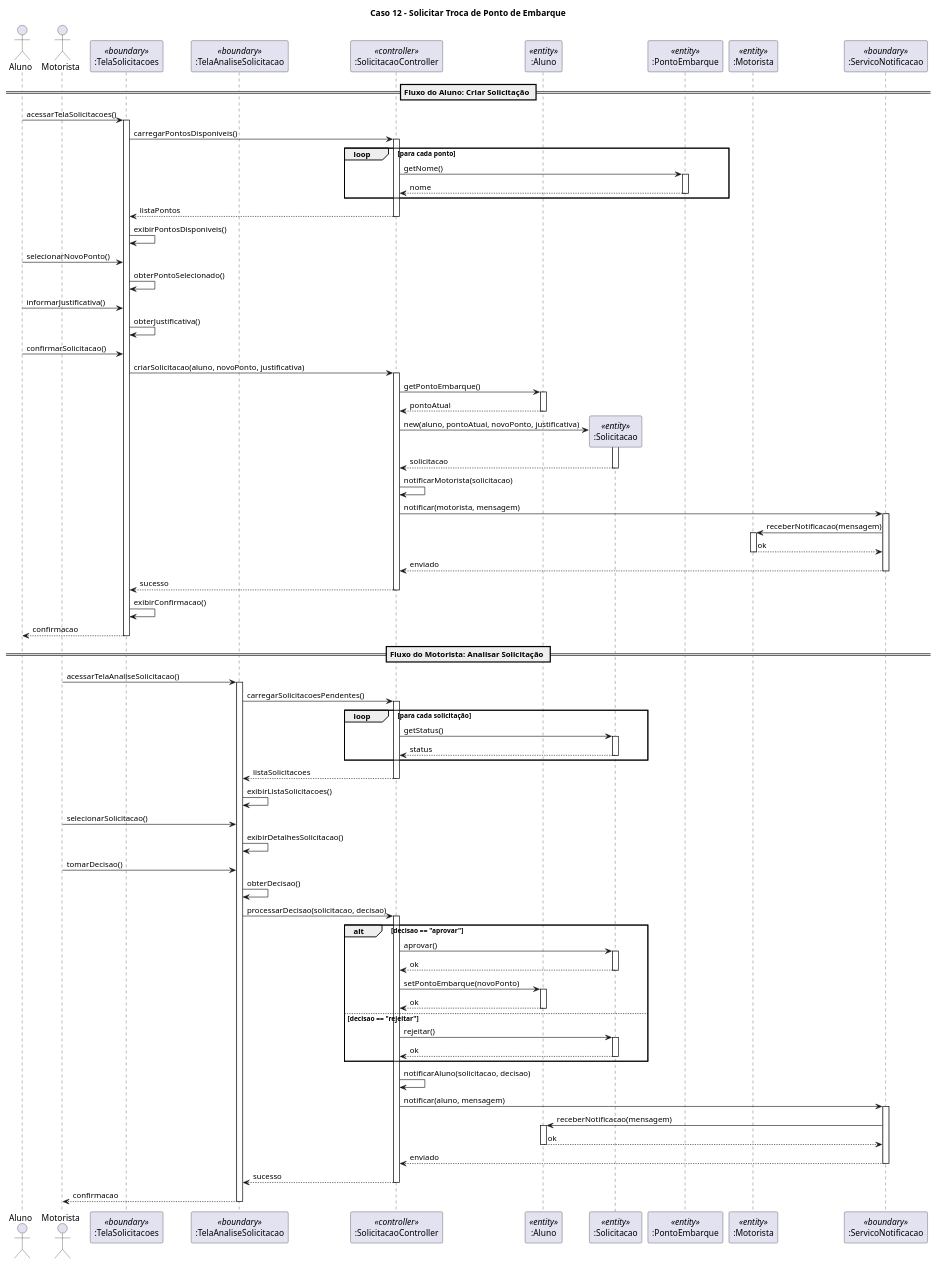
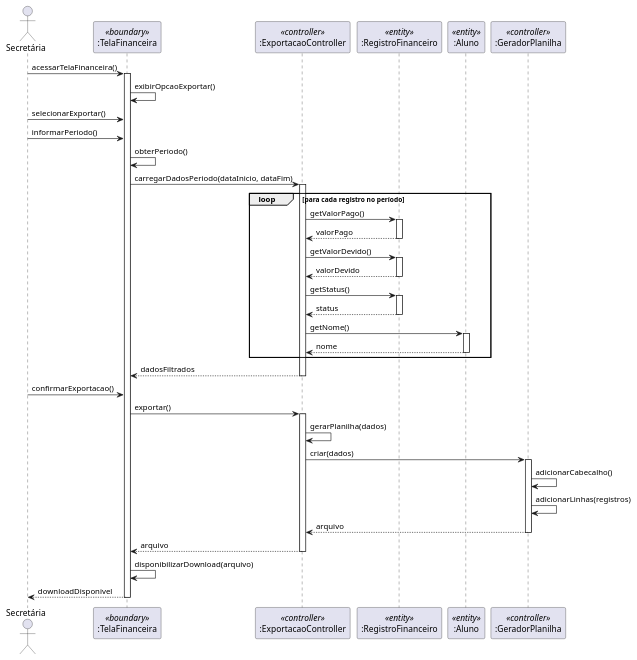
One commit to viniciusdias2902/modelagem_uml changed the diagram in sequencia/Caso_12_Sequencia.puml. Above: the diagram before and after it, drawn with PlantUML. The commit also changed other lines of this file and 117 other files, not shown here.

Commit message:
Atualização dos diagramas

```diff
--- a/sequencia/Caso_12_Sequencia.puml
+++ b/sequencia/Caso_12_Sequencia.puml
@@ -1,145 +1,74 @@
 @startuml
 
-title Caso 12 - Solicitar Troca de Ponto de Embarque
+actor Secretaria as "Secretária"
 
-actor Aluno
-actor Motorista
+participant ":TelaFinanceira" as TF <<boundary>>
+participant ":ExportacaoController" as EC <<controller>>
+participant ":RegistroFinanceiro" as RF <<entity>>
+participant ":Aluno" as A <<entity>>
+participant ":GeradorPlanilha" as GP <<controller>>
 
-participant ":TelaSolicitacoes" as TS <<boundary>>
-participant ":TelaAnaliseSolicitacao" as TAS <<boundary>>
-participant ":SolicitacaoController" as SC <<controller>>
-participant ":Aluno" as A <<entity>>
-participant ":Solicitacao" as S <<entity>>
-participant ":PontoEmbarque" as PE <<entity>>
-participant ":Motorista" as M <<entity>>
-participant ":ServicoNotificacao" as SN <<boundary>>
+Secretaria -> TF: acessarTelaFinanceira()
+activate TF
 
-== Fluxo do Aluno: Criar Solicitação ==
+TF -> TF: exibirOpcaoExportar()
 
-Aluno -> TS: acessarTelaSolicitacoes()
-activate TS
+Secretaria -> TF: selecionarExportar()
 
-TS -> SC: carregarPontosDisponiveis()
-activate SC
+Secretaria -> TF: informarPeriodo()
+TF -> TF: obterPeriodo()
 
-loop para cada ponto
-    SC -> PE: getNome()
-    activate PE
-    PE --> SC: nome
-    deactivate PE
+TF -> EC: carregarDadosPeriodo(dataInicio, dataFim)
+activate EC
+
+loop para cada registro no período
+    EC -> RF: getValorPago()
+    activate RF
+    RF --> EC: valorPago
+    deactivate RF
+    
+    EC -> RF: getValorDevido()
+    activate RF
+    RF --> EC: valorDevido
+    deactivate RF
+    
+    EC -> RF: getStatus()
+    activate RF
+    RF --> EC: status
+    deactivate RF
+    
+    EC -> A: getNome()
+    activate A
+    A --> EC: nome
+    deactivate A
 end
 
-SC --> TS: listaPontos
-deactivate SC
+EC --> TF: dadosFiltrados
+deactivate EC
 
-TS -> TS: exibirPontosDisponiveis()
+Secretaria -> TF: confirmarExportacao()
 
-Aluno -> TS: selecionarNovoPonto()
-TS -> TS: obterPontoSelecionado()
+TF -> EC: exportar()
+activate EC
 
-Aluno -> TS: informarJustificativa()
-TS -> TS: obterJustificativa()
+EC -> EC: gerarPlanilha(dados)
 
-Aluno -> TS: confirmarSolicitacao()
+EC -> GP: criar(dados)
+activate GP
 
-TS -> SC: criarSolicitacao(aluno, novoPonto, justificativa)
-activate SC
+GP -> GP: adicionarCabecalho()
+GP -> GP: adicionarLinhas(registros)
 
-SC -> A: getPontoEmbarque()
-activate A
-A --> SC: pontoAtual
-deactivate A
+GP --> EC: arquivo
+deactivate GP
 
-create S
-SC -> S: new(aluno, pontoAtual, novoPonto, justificativa)
-activate S
-S --> SC: solicitacao
-deactivate S
+EC --> TF: arquivo
+deactivate EC
 
-SC -> SC: notificarMotorista(solicitacao)
+TF -> TF: disponibilizarDownload(arquivo)
 
-SC -> SN: notificar(motorista, mensagem)
-activate SN
+TF --> Secretaria: downloadDisponivel
+deactivate TF
 
-SN -> M: receberNotificacao(mensagem)
-activate M
-M --> SN: ok
-deactivate M
-
-SN --> SC: enviado
-deactivate SN
-
-SC --> TS: sucesso
-deactivate SC
-
-TS -> TS: exibirConfirmacao()
-
-TS --> Aluno: confirmacao
-deactivate TS
-
-== Fluxo do Motorista: Analisar Solicitação ==
-
-Motorista -> TAS: acessarTelaAnaliseSolicitacao()
-activate TAS
-
-TAS -> SC: carregarSolicitacoesPendentes()
-activate SC
-
-loop para cada solicitação
-    SC -> S: getStatus()
-    activate S
-    S --> SC: status
-    deactivate S
-end
-
-SC --> TAS: listaSolicitacoes
-deactivate SC
-
-TAS -> TAS: exibirListaSolicitacoes()
-
-Motorista -> TAS: selecionarSolicitacao()
-TAS -> TAS: exibirDetalhesSolicitacao()
-
-Motorista -> TAS: tomarDecisao()
-TAS -> TAS: obterDecisao()
-
-TAS -> SC: processarDecisao(solicitacao, decisao)
-activate SC
-
-alt decisao == "aprovar"
-    SC -> S: aprovar()
-    activate S
-    S --> SC: ok
-    deactivate S
-    
-    SC -> A: setPontoEmbarque(novoPonto)
-    activate A
-    A --> SC: ok
-    deactivate A
-else decisao == "rejeitar"
-    SC -> S: rejeitar()
-    activate S
-    S --> SC: ok
-    deactivate S
-end
-
-SC -> SC: notificarAluno(solicitacao, decisao)
-
-SC -> SN: notificar(aluno, mensagem)
-activate SN
-
-SN -> A: receberNotificacao(mensagem)
-activate A
-A --> SN: ok
-deactivate A
-
-SN --> SC: enviado
-deactivate SN
-
-SC --> TAS: sucesso
-deactivate SC
-
-TAS --> Motorista: confirmacao
-deactivate TAS
 
 @enduml
```
